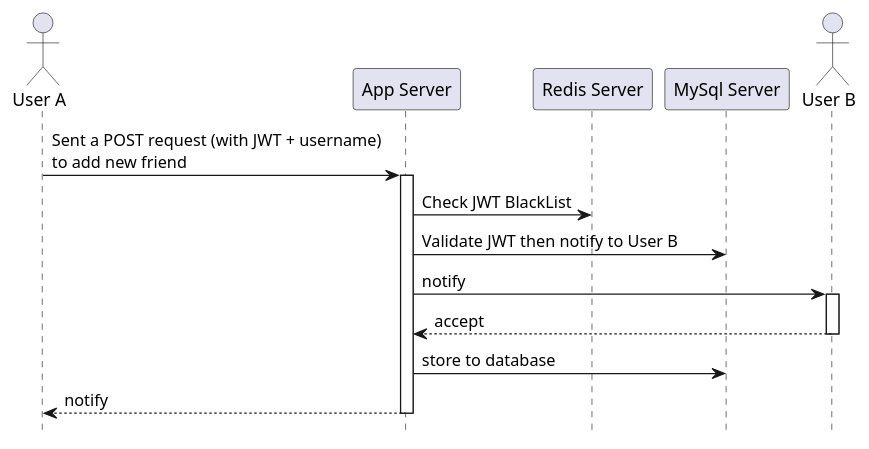
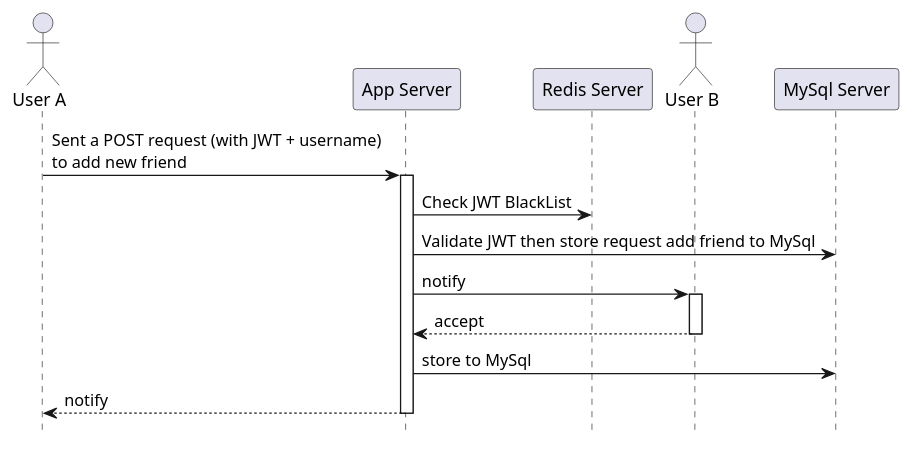
One commit to noradomi/foo-app changed the seventh of 9 diagrams in README.md. Above: the diagram before and after it, drawn with PlantUML.

Commit message:
Add store request add friend in Add Friend diagram

````diff
--- a/README.md
+++ b/README.md
@@ -152,20 +152,19 @@
 ```plantuml
 @startuml
     hide footbox
   
     actor "User A"
     "User A" -> "App Server" : Sent a POST request (with JWT + username) \nto add new friend
     activate "App Server"
     "App Server" -> "Redis Server": Check JWT BlackList
-    "App Server" -> "MySql Server": Validate JWT then notify to User B
     actor "User B"
-
+    "App Server" -> "MySql Server": Validate JWT then store request add friend to MySql
     "App Server" -> "User B": notify
     activate "User B"
     "User B" --> "App Server": accept
     deactivate "User B"
-    "App Server" -> "MySql Server": store to database
+    "App Server" -> "MySql Server": store to MySql
     "App Server" --> "User A": notify
     deactivate "App Server"
 @enduml
 ```
````
